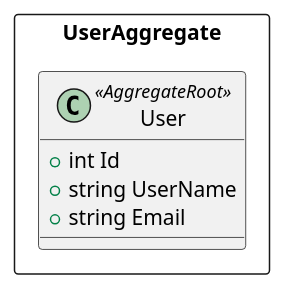
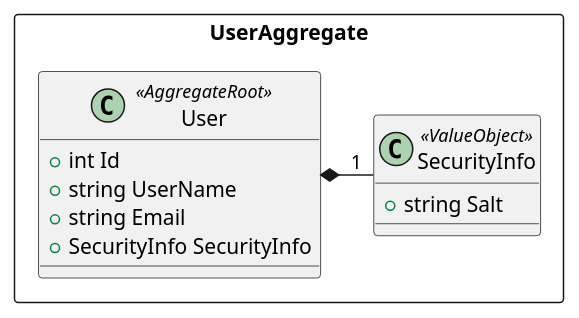
Before and after one commit to JKMN-Projects/TeamTactics: the diagram in docs/Class Diagrams/Domain/User.puml, drawn with PlantUML. The commit also changed 20 other files, not shown here.

```diff
--- a/docs/Class Diagrams/Domain/User.puml
+++ b/docs/Class Diagrams/Domain/User.puml
@@ -1,11 +1,18 @@
 @startuml User
 skinparam Linetype Ortho
 
 package UserAggregate <<Rectangle>> {
     class User <<AggregateRoot>> {
         +int Id
         +string UserName
         +string Email
+        +SecurityInfo SecurityInfo
     }
+
+    class SecurityInfo <<ValueObject>> {
+        +string Salt
+    }
+
+    User *- "1" SecurityInfo 
 }
 @enduml 
```
